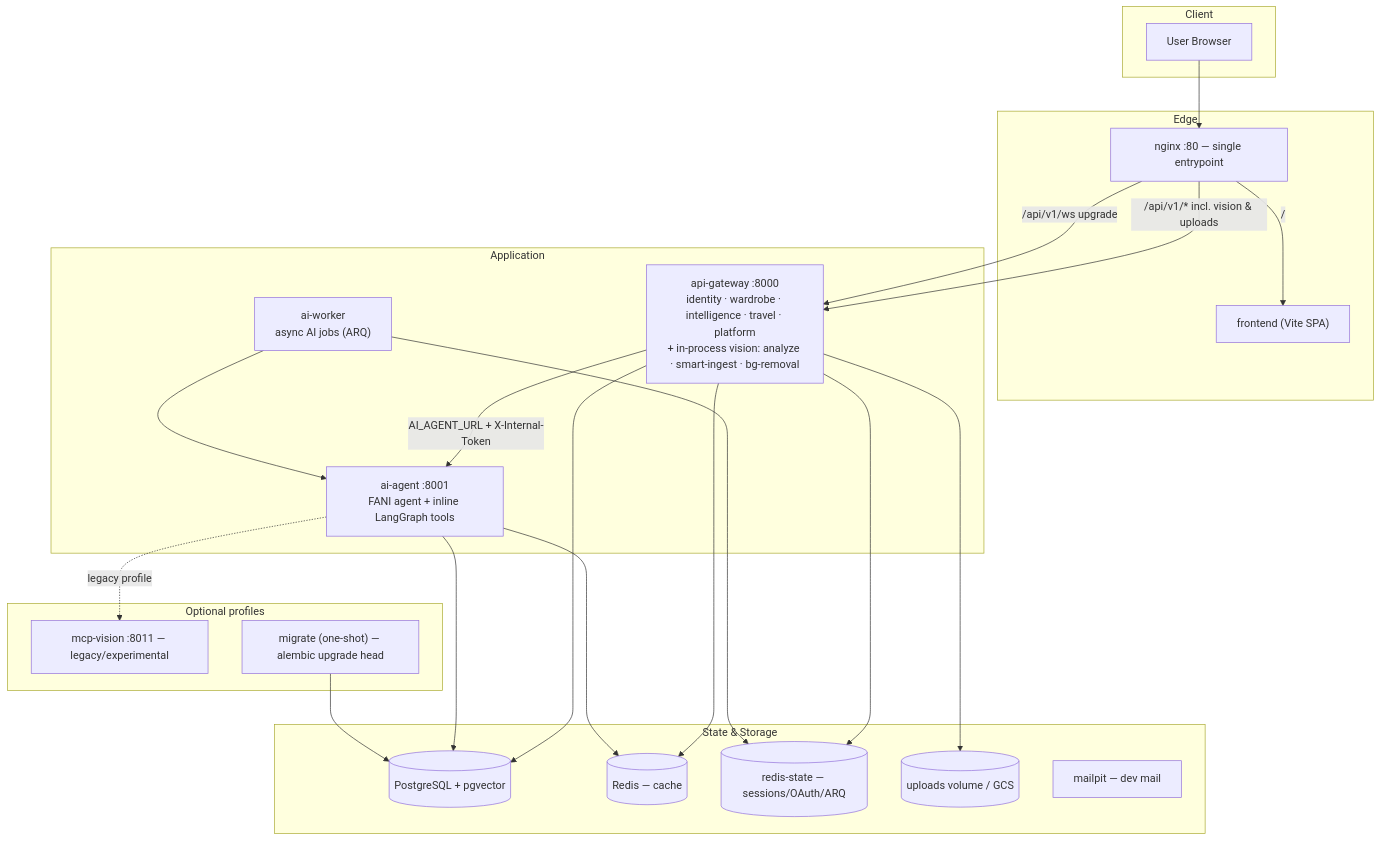
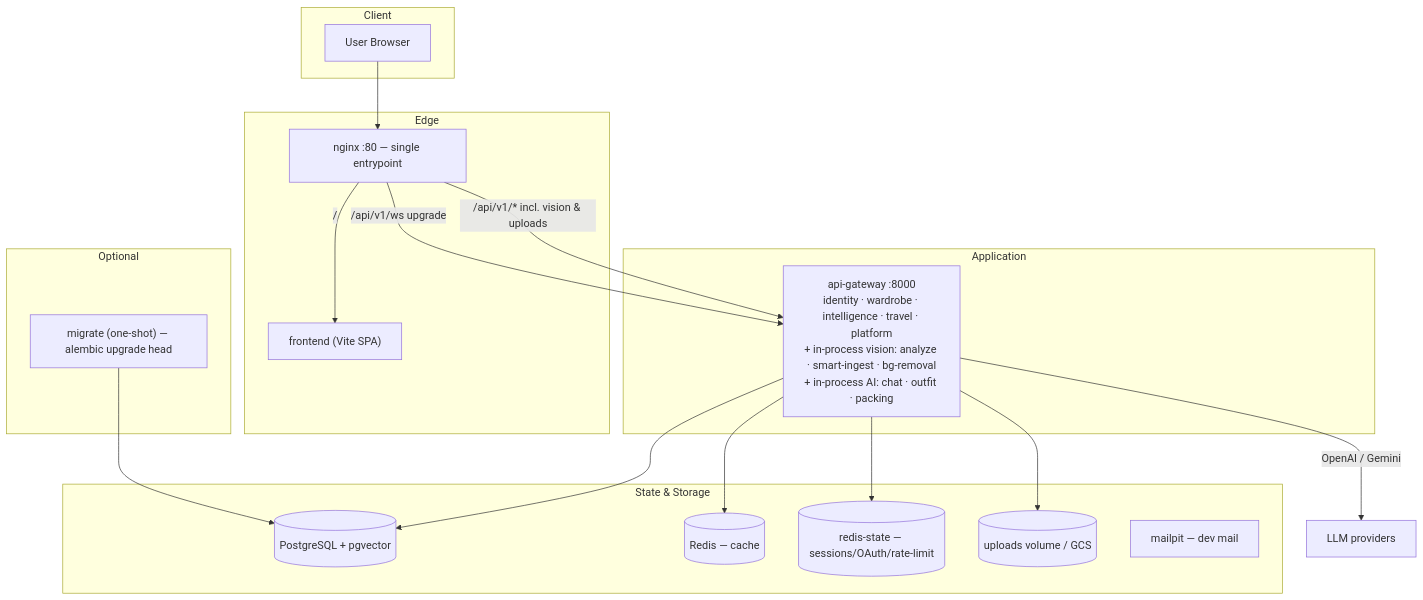
The second of 2 diagrams in Readme.md (phanidhar09/clozehive), drawn with Mermaid before and after one commit. The commit also changed other lines of this file and 6 other files, not shown here.

First line of the commit message:
docs: reflect the ai-agent/ai-worker removal

````diff
--- a/Readme.md
+++ b/Readme.md
@@ -112,42 +110,35 @@
 ```mermaid
 flowchart TB
   subgraph client [Client]
     U[User Browser]
   end
 
   subgraph edge [Edge]
     N["nginx :80 — single entrypoint"]
     FE["frontend (Vite SPA)"]
   end
 
   subgraph app [Application]
-    GW["api-gateway :8000<br/>identity · wardrobe · intelligence · travel · platform<br/>+ in-process vision: analyze · smart-ingest · bg-removal"]
-    AG["ai-agent :8001<br/>FANI agent + inline LangGraph tools"]
-    AW["ai-worker<br/>async AI jobs (ARQ)"]
+    GW["api-gateway :8000<br/>identity · wardrobe · intelligence · travel · platform<br/>+ in-process vision: analyze · smart-ingest · bg-removal<br/>+ in-process AI: chat · outfit · packing"]
   end
 
   subgraph state [State & Storage]
     PG[(PostgreSQL + pgvector)]
     RD[(Redis — cache)]
-    RS[(redis-state — sessions/OAuth/ARQ)]
+    RS[(redis-state — sessions/OAuth/rate-limit)]
     UP[(uploads volume / GCS)]
     MP[mailpit — dev mail]
   end
 
-  subgraph optional [Optional profiles]
-    MV["mcp-vision :8011 — legacy/experimental"]
+  subgraph optional [Optional]
     MIG["migrate (one-shot) — alembic upgrade head"]
   end
 
   U --> N
   N -->|/| FE
   N -->|/api/v1/* incl. vision & uploads| GW
   N -->|/api/v1/ws upgrade| GW
   GW --> PG & RD & RS & UP
-  GW -->|AI_AGENT_URL + X-Internal-Token| AG
-  AW --> RS
-  AW --> AG
-  AG --> PG & RD
+  GW -->|OpenAI / Gemini| LLM[LLM providers]
   MIG --> PG
-  AG -. legacy profile .-> MV
 ```
````
